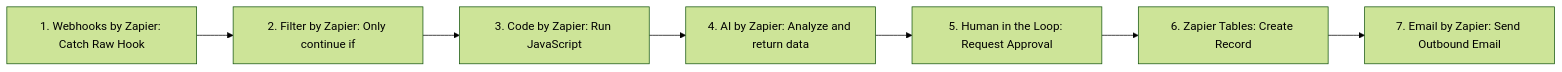
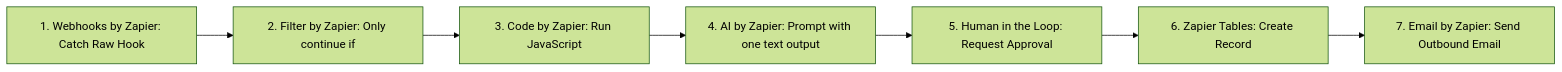
The tenth of 10 diagrams in docs/v2/workflows.md (IsraelStratton/gtm-enrichment-quality-pipeline), drawn with Mermaid (forest theme) before and after one commit. The commit also changed other lines of this file and 7 other files, not shown here.

````diff
--- a/docs/v2/workflows.md
+++ b/docs/v2/workflows.md
@@ -423,16 +423,16 @@
 ```mermaid
 flowchart LR
   s1["1. Webhooks by Zapier: Catch Raw Hook"]
   s2["2. Filter by Zapier: Only continue if"]
   s3["3. Code by Zapier: Run JavaScript"]
-  s4["4. AI by Zapier: Analyze and return data"]
+  s4["4. AI by Zapier: Prompt with one text output"]
   s5["5. Human in the Loop: Request Approval"]
   s6["6. Zapier Tables: Create Record"]
   s7["7. Email by Zapier: Send Outbound Email"]
   s1 --> s2
   s2 --> s3
   s3 --> s4
   s4 --> s5
   s5 --> s6
   s6 --> s7
 ```
````
